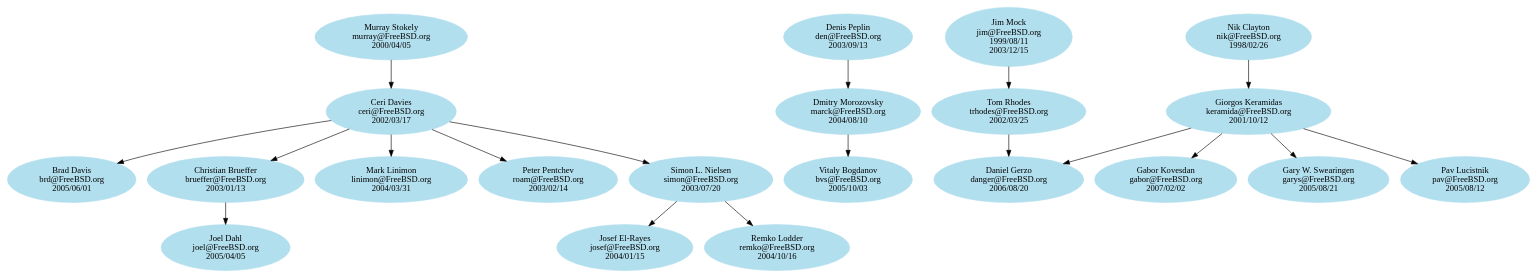
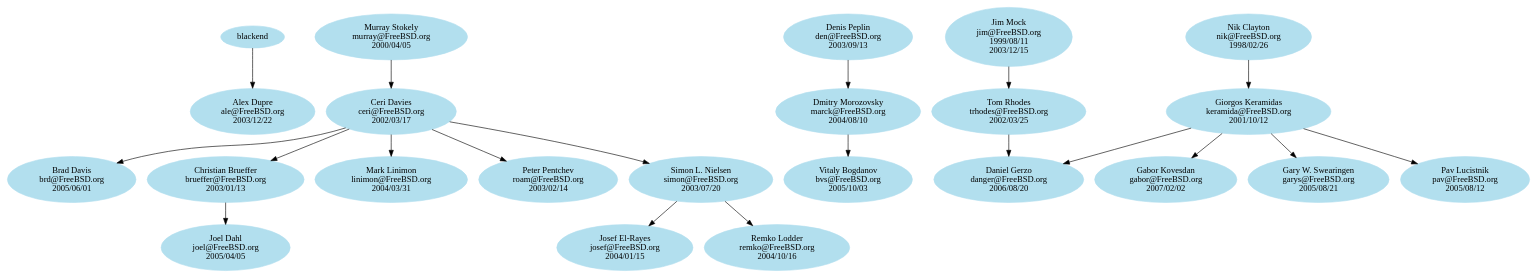
Before and after one commit to kelvinyu/unix-history-repo: the diagram in share/misc/committers-doc.dot, drawn with Graphviz. The commit also changed 1 other file, not shown here.

```diff
--- a/share/misc/committers-doc.dot
+++ b/share/misc/committers-doc.dot
@@ -1,82 +1,85 @@
 # $FreeBSD$
 
 digraph doc {
 
 # Node definitions follow this example:
 #
 #   foo [label="Foo Bar\nfoo@FreeBSD.org\n????/??/??"]
 #
 # ????/??/?? is the date when the commit bit was obtained, usually the one you
 # can find looking at CVS logs for the access (or avail) file under CVSROOT.
 # Use YYYY/MM/DD format.
 #
 # For returned commit bits, the node definition will follow this example:
 #
 #   foo [label="Foo Bar\nfoo@FreeBSD.org\n????/??/??\n????/??/??"]
 #
 # The first date is the same as for an active committer, the second date is
 # the date when the commit bit has been returned. Again, check CVS logs.
 
 node [color=grey62, style=filled, bgcolor=black];
 
 # Alumni go here. Try to keep things sorted.
 
 node [color=lightblue2, style=filled, bgcolor=black];
 
 # Current doc committers go here. Try to keep things sorted.
 
+ale [label="Alex Dupre\nale@FreeBSD.org\n2003/12/22"]
 brd [label="Brad Davis\nbrd@FreeBSD.org\n2005/06/01"]
 brueffer [label="Christian Brueffer\nbrueffer@FreeBSD.org\n2003/01/13"]
 bvs [label="Vitaly Bogdanov\nbvs@FreeBSD.org\n2005/10/03"]
 ceri [label="Ceri Davies\nceri@FreeBSD.org\n2002/03/17"]
 danger [label="Daniel Gerzo\ndanger@FreeBSD.org\n2006/08/20"]
 den [label="Denis Peplin\nden@FreeBSD.org\n2003/09/13"]
 gabor [label="Gabor Kovesdan\ngabor@FreeBSD.org\n2007/02/02"]
 garys [label="Gary W. Swearingen\ngarys@FreeBSD.org\n2005/08/21"]
 jim [label="Jim Mock\njim@FreeBSD.org\n1999/08/11\n2003/12/15"]
 joel [label="Joel Dahl\njoel@FreeBSD.org\n2005/04/05"]
 josef [label="Josef El-Rayes\njosef@FreeBSD.org\n2004/01/15"]
 keramida [label="Giorgos Keramidas\nkeramida@FreeBSD.org\n2001/10/12"]
 linimon [label="Mark Linimon\nlinimon@FreeBSD.org\n2004/03/31"]
 marck [label="Dmitry Morozovsky\nmarck@FreeBSD.org\n2004/08/10"]
 murray [label="Murray Stokely\nmurray@FreeBSD.org\n2000/04/05"]
 nik [label="Nik Clayton\nnik@FreeBSD.org\n1998/02/26"]
 pav [label="Pav Lucistnik\npav@FreeBSD.org\n2005/08/12"]
 remko [label="Remko Lodder\nremko@FreeBSD.org\n2004/10/16"]
 roam [label="Peter Pentchev\nroam@FreeBSD.org\n2003/02/14"]
 simon [label="Simon L. Nielsen\nsimon@FreeBSD.org\n2003/07/20"]
 trhodes [label="Tom Rhodes\ntrhodes@FreeBSD.org\n2002/03/25"]
 
 # Here are the mentor/mentee relationships.
 # Group together all the mentees for a particular mentor.
 # Keep the list sorted by mentor login.
+
+blackend -> ale
 
 brueffer -> joel
 
 ceri -> brd
 ceri -> brueffer
 ceri -> linimon
 ceri -> roam
 ceri -> simon
 
 den -> marck
 
 jim -> trhodes
 
 keramida -> danger
 keramida -> gabor
 keramida -> garys
 keramida -> pav
 
 marck -> bvs
 
 murray -> ceri
 
 nik -> keramida
 
 simon -> josef
 simon -> remko
 
 trhodes -> danger
 
 }
```
